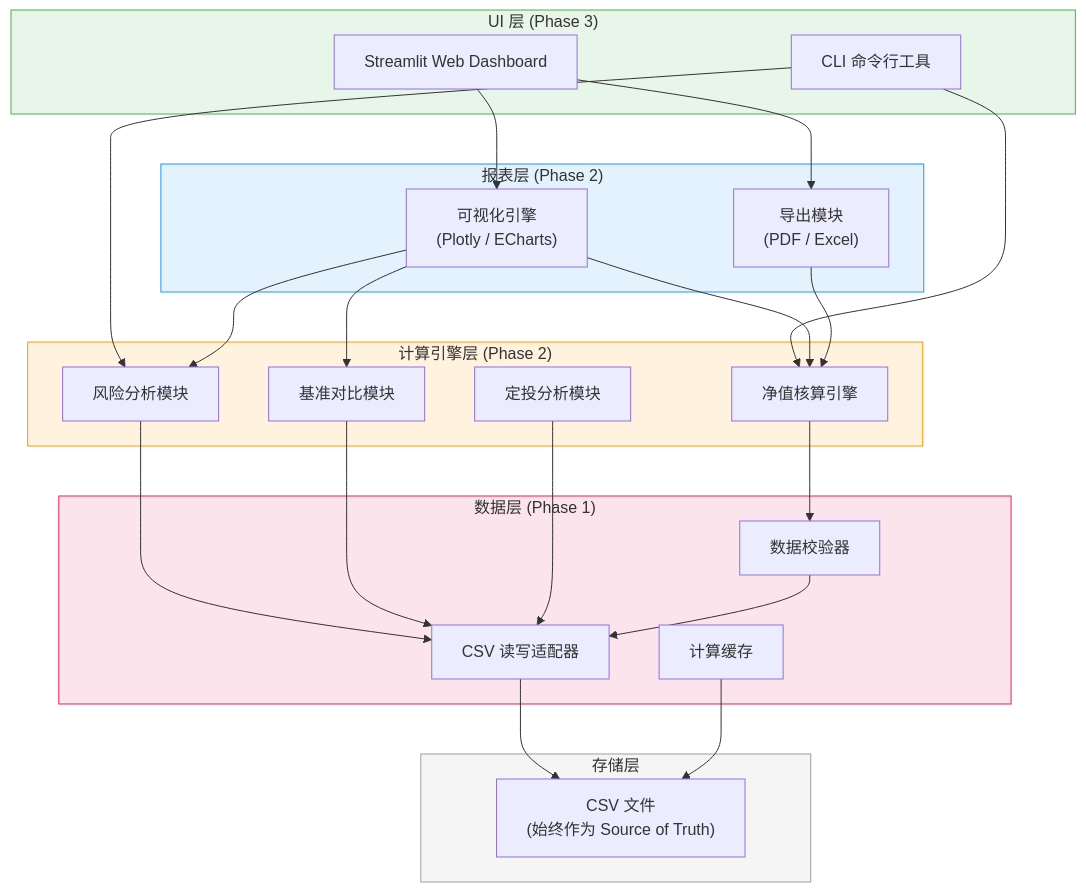
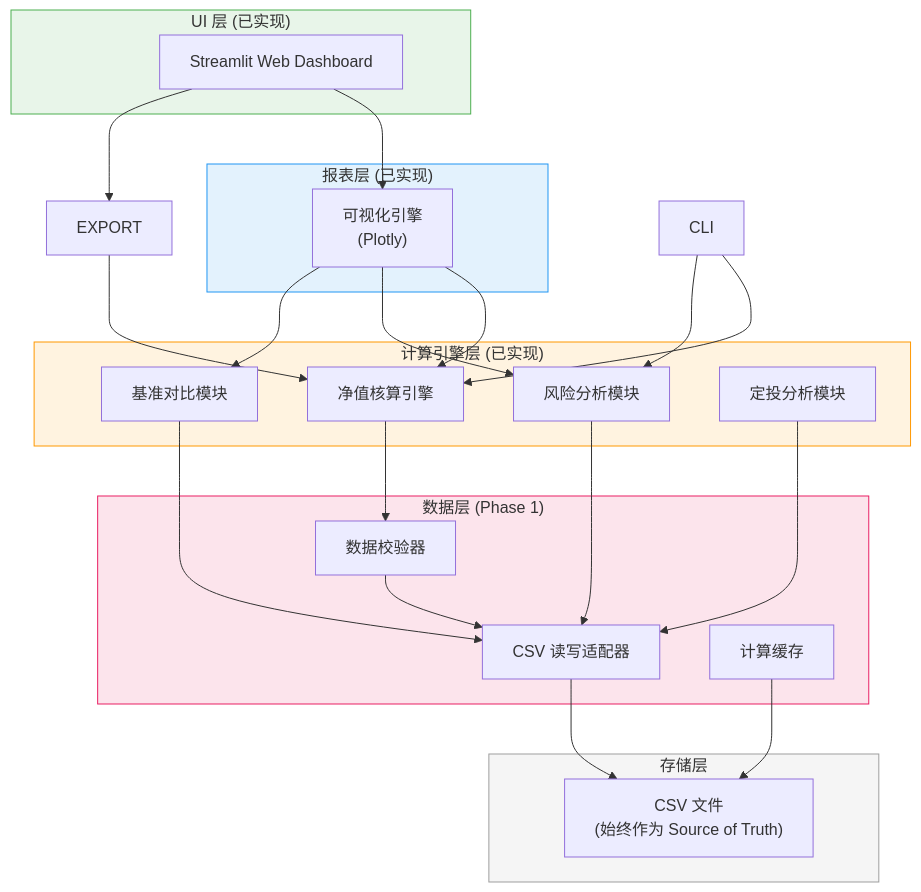
One commit to Haolun123/FamilyFund changed the ninth of 16 diagrams in ARCHITECTURE_shared.md. Above: the diagram before and after it, drawn with Mermaid. The commit also changed other lines of this file, not shown here.

First line of the commit message:
Update architecture docs: remove terminal workflow, reflect dashboard-only usage

````diff
--- a/ARCHITECTURE_shared.md
+++ b/ARCHITECTURE_shared.md
@@ -583,51 +563,49 @@
 ```mermaid
 graph TB
-    subgraph UI_Layer ["UI 层 (Phase 3)"]
+    subgraph UI_Layer ["UI 层 (已实现)"]
         WEB["Streamlit Web Dashboard"]
-        CLI["CLI 命令行工具"]
     end
 
-    subgraph Report_Layer ["报表层 (Phase 2)"]
-        VIZ["可视化引擎<br/>(Plotly / ECharts)"]
-        EXPORT["导出模块<br/>(PDF / Excel)"]
+    subgraph Report_Layer ["报表层 (已实现)"]
+        VIZ["可视化引擎<br/>(Plotly)"]
     end
 
-    subgraph Engine_Layer ["计算引擎层 (Phase 2)"]
+    subgraph Engine_Layer ["计算引擎层 (已实现)"]
         NAV_ENGINE["净值核算引擎"]
         RISK["风险分析模块"]
         BENCH["基准对比模块"]
         DCA["定投分析模块"]
     end
 
     subgraph Data_Layer ["数据层 (Phase 1)"]
         VALIDATOR["数据校验器"]
         CSV_IO["CSV 读写适配器"]
         CACHE["计算缓存"]
     end
 
     subgraph Storage ["存储层"]
         CSV_FILES["CSV 文件<br/>(始终作为 Source of Truth)"]
     end
 
     WEB --> VIZ
     WEB --> EXPORT
     CLI --> NAV_ENGINE
     CLI --> RISK
     VIZ --> NAV_ENGINE
     VIZ --> RISK
     VIZ --> BENCH
     EXPORT --> NAV_ENGINE
     NAV_ENGINE --> VALIDATOR
     RISK --> CSV_IO
     BENCH --> CSV_IO
     DCA --> CSV_IO
     VALIDATOR --> CSV_IO
     CSV_IO --> CSV_FILES
     CACHE --> CSV_FILES
 
     style UI_Layer fill:#e8f5e9,stroke:#4caf50
     style Report_Layer fill:#e3f2fd,stroke:#2196f3
     style Engine_Layer fill:#fff3e0,stroke:#ff9800
     style Data_Layer fill:#fce4ec,stroke:#e91e63
     style Storage fill:#f5f5f5,stroke:#9e9e9e
 ```
````
